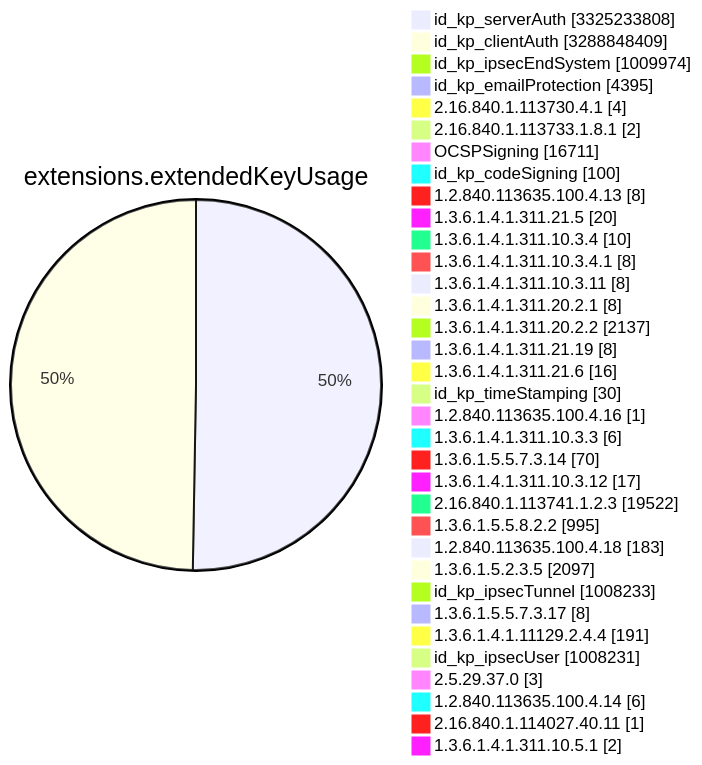
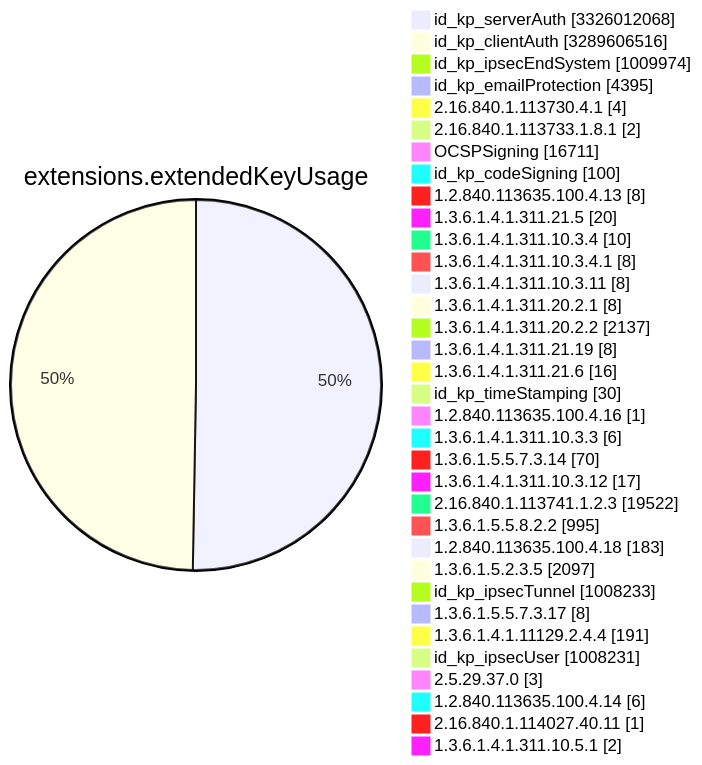
One commit to christiankrug/ctmonitor_visualization changed diagram 11 of 15 in TOTAL/README.md. Above: the diagram before and after it, drawn with Mermaid. The commit also changed other lines of this file, not shown here.

````diff
--- a/TOTAL/README.md
+++ b/TOTAL/README.md
@@ -4120,38 +4120,38 @@
 ```mermaid
 pie showData
 title extensions.extendedKeyUsage
-"id_kp_serverAuth" :3325233808
-"id_kp_clientAuth" :3288848409
+"id_kp_serverAuth" :3326012068
+"id_kp_clientAuth" :3289606516
 "id_kp_ipsecEndSystem" :1009974
 "id_kp_emailProtection" :4395
 "2.16.840.1.113730.4.1" :4
 "2.16.840.1.113733.1.8.1" :2
 "OCSPSigning" :16711
 "id_kp_codeSigning" :100
 "1.2.840.113635.100.4.13" :8
 "1.3.6.1.4.1.311.21.5" :20
 "1.3.6.1.4.1.311.10.3.4" :10
 "1.3.6.1.4.1.311.10.3.4.1" :8
 "1.3.6.1.4.1.311.10.3.11" :8
 "1.3.6.1.4.1.311.20.2.1" :8
 "1.3.6.1.4.1.311.20.2.2" :2137
 "1.3.6.1.4.1.311.21.19" :8
 "1.3.6.1.4.1.311.21.6" :16
 "id_kp_timeStamping" :30
 "1.2.840.113635.100.4.16" :1
 "1.3.6.1.4.1.311.10.3.3" :6
 "1.3.6.1.5.5.7.3.14" :70
 "1.3.6.1.4.1.311.10.3.12" :17
 "2.16.840.1.113741.1.2.3" :19522
 "1.3.6.1.5.5.8.2.2" :995
 "1.2.840.113635.100.4.18" :183
 "1.3.6.1.5.2.3.5" :2097
 "id_kp_ipsecTunnel" :1008233
 "1.3.6.1.5.5.7.3.17" :8
 "1.3.6.1.4.1.11129.2.4.4" :191
 "id_kp_ipsecUser" :1008231
 "2.5.29.37.0" :3
 "1.2.840.113635.100.4.14" :6
 "2.16.840.1.114027.40.11" :1
 "1.3.6.1.4.1.311.10.5.1" :2
 ```
````
